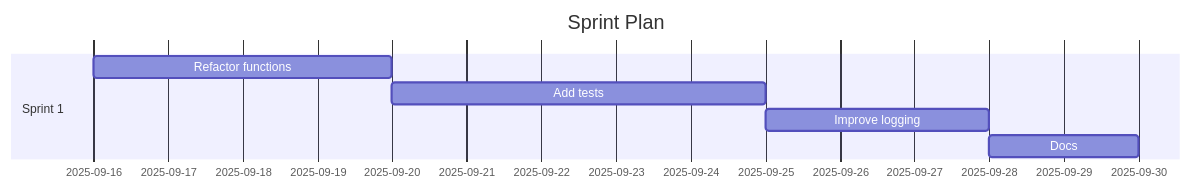
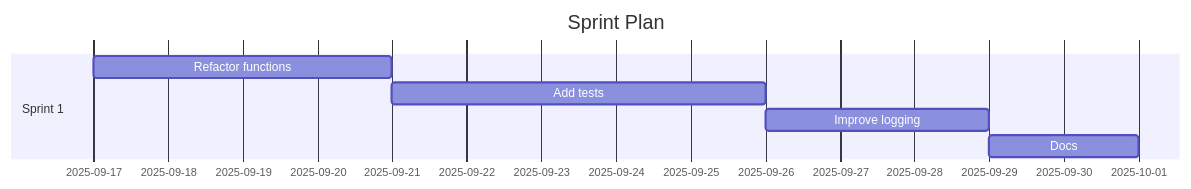
Before and after one commit to Anselmoo/mcp-ai-agent-guidelines: the diagram in demos/demo-code-analysis.sprint.md, drawn with Mermaid. The commit also changed other lines of this file and 16 other files, not shown here.

````diff
--- a/demos/demo-code-analysis.sprint.md
+++ b/demos/demo-code-analysis.sprint.md
@@ -58,11 +58,11 @@
 ```mermaid
 gantt
 	dateFormat  YYYY-MM-DD
 	title Sprint Plan
 %% Accessibility: Title=Project Sprint Plan; Description=Gantt chart of sprints and tasks over time. %%
   section Sprint 1
-  Refactor functions :s1t0, 2025-09-16, 4d
-  Add tests :s1t1, 2025-09-20, 5d
-  Improve logging :s1t2, 2025-09-25, 3d
-  Docs :s1t3, 2025-09-28, 2d
+  Refactor functions :s1t0, 2025-09-17, 4d
+  Add tests :s1t1, 2025-09-21, 5d
+  Improve logging :s1t2, 2025-09-26, 3d
+  Docs :s1t3, 2025-09-29, 2d
 ```
````
